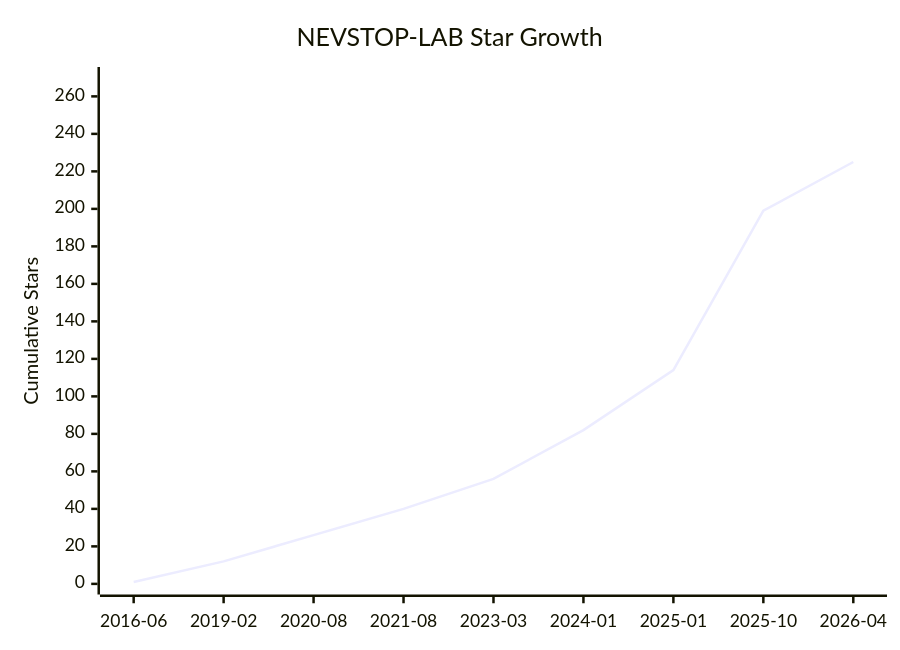
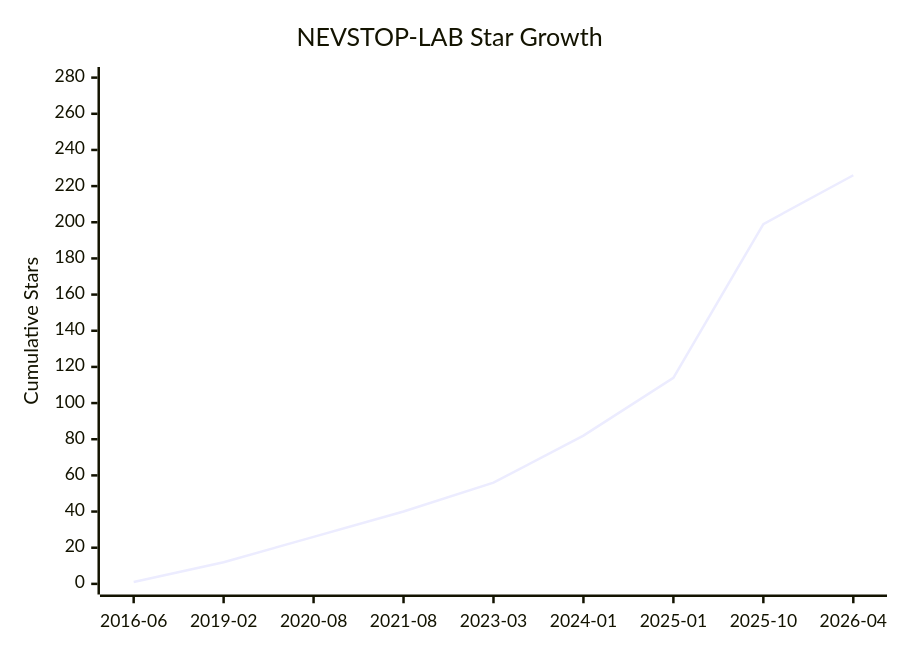
Before and after one commit to NEVSTOP-LAB/.github: the diagram in Star-History.md, drawn with Mermaid. The commit also changed other lines of this file, not shown here.

````diff
--- a/Star-History.md
+++ b/Star-History.md
@@ -8,7 +8,7 @@
 ```mermaid
 xychart-beta
     title "NEVSTOP-LAB Star Growth"
     x-axis ["2016-06", "2019-02", "2020-08", "2021-08", "2023-03", "2024-01", "2025-01", "2025-10", "2026-04"]
-    y-axis "Cumulative Stars" 0 --> 270
-    line [1, 12, 26, 40, 56, 82, 114, 199, 225]
+    y-axis "Cumulative Stars" 0 --> 280
+    line [1, 12, 26, 40, 56, 82, 114, 199, 226]
 ```
````
